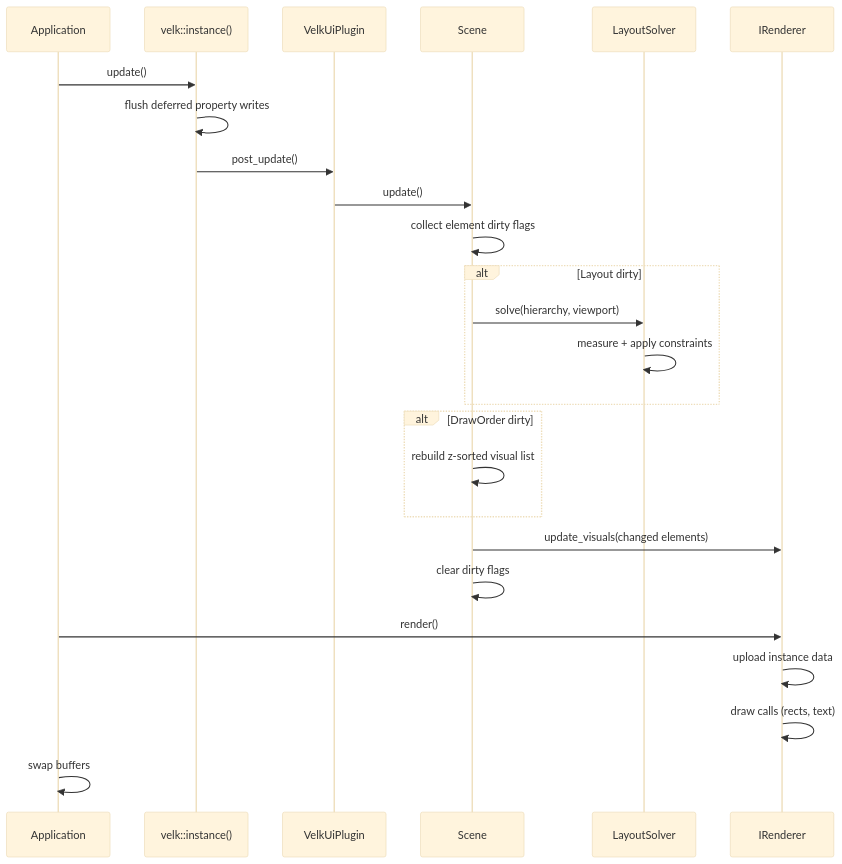
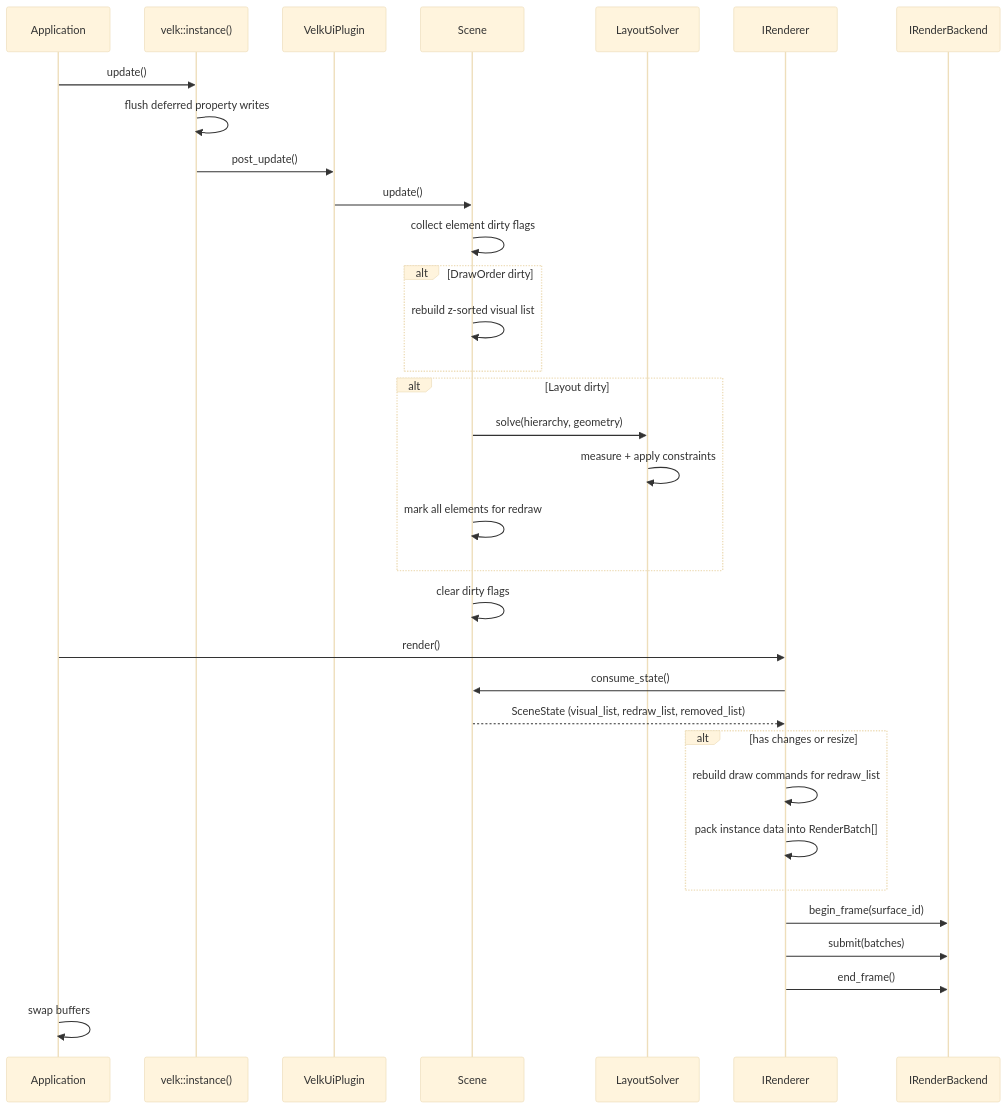
The diagram in docs/update-cycle.md (ljaaskela/velk-platform), drawn with Mermaid (base theme) before and after one commit. The commit also changed other lines of this file and 22 other files, not shown here.

````diff
--- a/docs/update-cycle.md
+++ b/docs/update-cycle.md
@@ -20,29 +20,37 @@
 ```mermaid
 sequenceDiagram
     participant App as Application
     participant Velk as velk::instance()
     participant Plugin as VelkUiPlugin
     participant Scene
     participant Solver as LayoutSolver
     participant Renderer as IRenderer
+    participant Backend as IRenderBackend
 
     App->>Velk: update()
     Velk->>Velk: flush deferred property writes
     Velk->>Plugin: post_update()
     Plugin->>Scene: update()
     Scene->>Scene: collect element dirty flags
-    alt Layout dirty
-        Scene->>Solver: solve(hierarchy, viewport)
-        Solver->>Solver: measure + apply constraints
-    end
     alt DrawOrder dirty
         Scene->>Scene: rebuild z-sorted visual list
     end
-    Scene->>Renderer: update_visuals(changed elements)
+    alt Layout dirty
+        Scene->>Solver: solve(hierarchy, geometry)
+        Solver->>Solver: measure + apply constraints
+        Scene->>Scene: mark all elements for redraw
+    end
     Scene->>Scene: clear dirty flags
 
     App->>Renderer: render()
-    Renderer->>Renderer: upload instance data
-    Renderer->>Renderer: draw calls (rects, text)
+    Renderer->>Scene: consume_state()
+    Scene-->>Renderer: SceneState (visual_list, redraw_list, removed_list)
+    alt has changes or resize
+        Renderer->>Renderer: rebuild draw commands for redraw_list
+        Renderer->>Renderer: pack instance data into RenderBatch[]
+    end
+    Renderer->>Backend: begin_frame(surface_id)
+    Renderer->>Backend: submit(batches)
+    Renderer->>Backend: end_frame()
     App->>App: swap buffers
 ```
````
